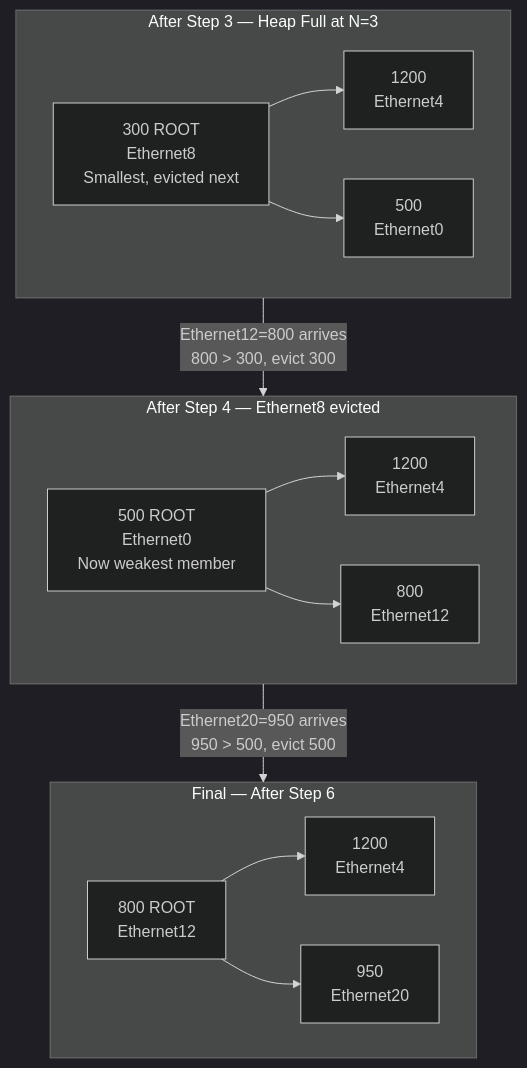
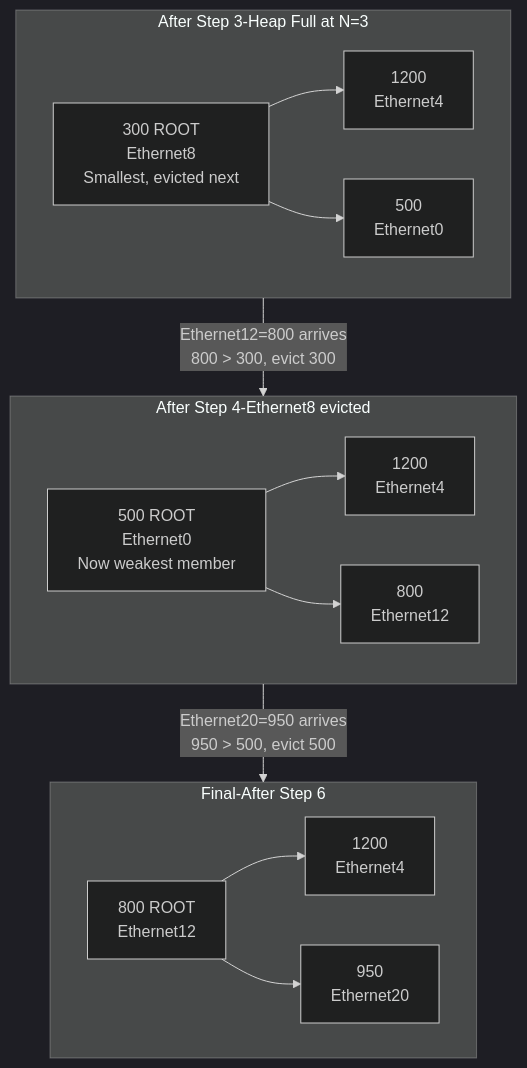
Before and after one commit to jayzalani/Sonic_top_n_interface: the fifth of 11 diagrams in readme.md, drawn with Mermaid (dark theme). The commit also changed other lines of this file, not shown here.

````diff
--- a/readme.md
+++ b/readme.md
@@ -219,29 +219,29 @@
 ```mermaid
 graph TD
-    subgraph STEP3["After Step 3 — Heap Full at N=3"]
+    subgraph STEP3["After Step 3-Heap Full at N=3"]
         R3["300 ROOT\nEthernet8\nSmallest, evicted next"]
         C3A["1200\nEthernet4"]
         C3B["500\nEthernet0"]
         R3 --> C3A
         R3 --> C3B
     end
 
-    subgraph STEP4["After Step 4 — Ethernet8 evicted"]
+    subgraph STEP4["After Step 4-Ethernet8 evicted"]
         R4["500 ROOT\nEthernet0\nNow weakest member"]
         C4A["1200\nEthernet4"]
         C4B["800\nEthernet12"]
         R4 --> C4A
         R4 --> C4B
     end
 
-    subgraph FINAL2["Final — After Step 6"]
+    subgraph FINAL2["Final-After Step 6"]
         R5["800 ROOT\nEthernet12"]
         C5A["1200\nEthernet4"]
         C5B["950\nEthernet20"]
         R5 --> C5A
         R5 --> C5B
     end
 
     STEP3 -->|"Ethernet12=800 arrives\n800 > 300, evict 300"| STEP4
     STEP4 -->|"Ethernet20=950 arrives\n950 > 500, evict 500"| FINAL2
 ```
````
